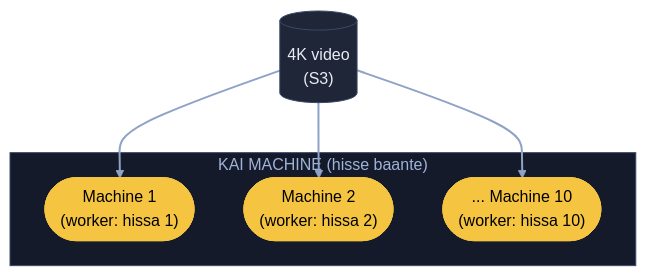
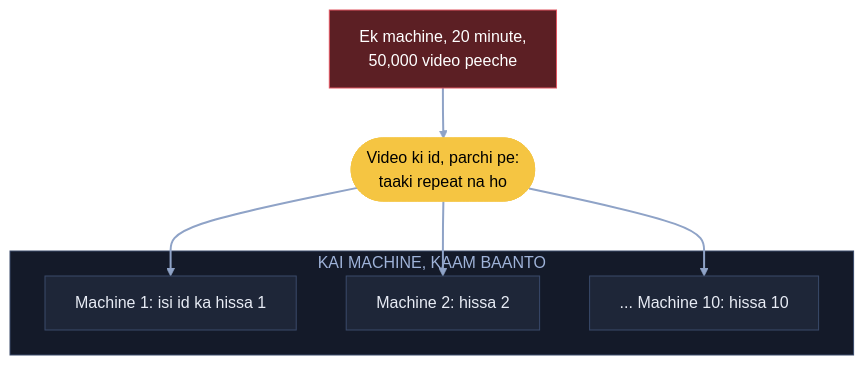
One commit to ArpanMaheshwari144/Prep changed diagram 12 of 15 in 04_HLD/SYSTEM_DESIGNS/03_twitter_feed/03_twitter_feed.md. Above: the diagram before and after it, drawn with Mermaid (forest theme). The commit also changed other lines of this file, not shown here.

Commit message:
Twitter: 15 diagram hand notes ke shabdon se, K1 heading + K9 line notes jaisi

````diff
--- a/04_HLD/SYSTEM_DESIGNS/03_twitter_feed/03_twitter_feed.md
+++ b/04_HLD/SYSTEM_DESIGNS/03_twitter_feed/03_twitter_feed.md
@@ -394,18 +375,20 @@
 ```mermaid
 flowchart TB
-    S3[("4K video<br/>(S3)")]:::card
-    subgraph WK["KAI MACHINE (hisse baante)"]
-        W1(["Machine 1<br/>(worker: hissa 1)"]):::pill
-        W2(["Machine 2<br/>(worker: hissa 2)"]):::pill
-        WN(["... Machine 10<br/>(worker: hissa 10)"]):::pill
+    X["Ek machine, 20 minute,<br/>50,000 video peeche"]:::bad
+    P(["Video ki id, parchi pe:<br/>taaki repeat na ho"]):::pill
+    subgraph KM["KAI MACHINE, KAAM BAANTO"]
+        W1["Machine 1: isi id ka hissa 1"]:::card
+        W2["Machine 2: hissa 2"]:::card
+        WN["... Machine 10: hissa 10"]:::card
     end
-    S3 --> W1
-    S3 --> W2
-    S3 --> WN
+    X --> P
+    P --> W1
+    P --> W2
+    P --> WN
     linkStyle default stroke:#8fa3c7,stroke-width:2px
     classDef card fill:#1e2638,stroke:#3a4a6b,color:#e8ecf5
     classDef pill fill:#f5c542,stroke:#f5c542,color:#000
     classDef good fill:#2e7d4f,stroke:#3fbf6f,color:#fff
     classDef bad fill:#5c1f24,stroke:#e05561,color:#fff
-    style WK fill:#141a29,stroke:#3a4a6b,color:#9fb3d9
+    style KM fill:#141a29,stroke:#3a4a6b,color:#9fb3d9
 ```
````
